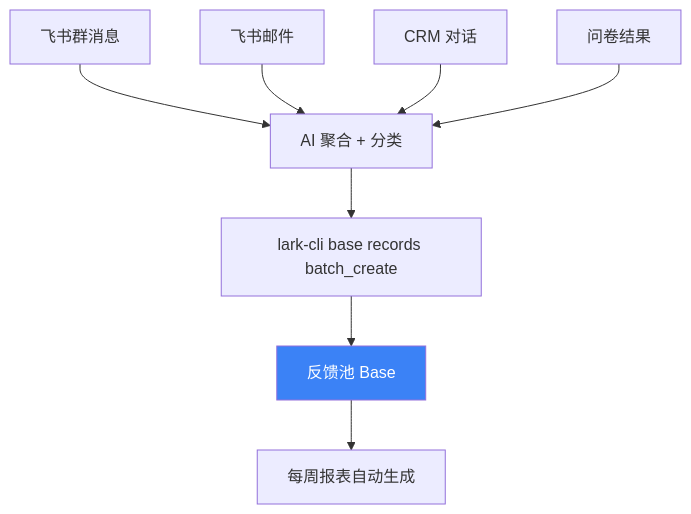
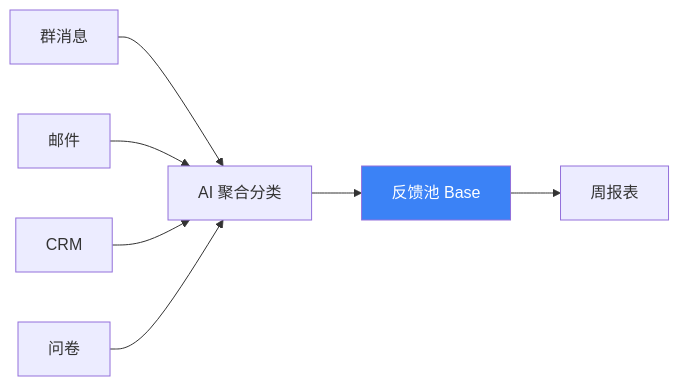
Before and after one commit to ymzlsy/wiki: diagram 13 of 16 in lark-cli/index.md, drawn with Mermaid. The commit also changed other lines of this file and 2 other files, not shown here.

First line of the commit message:
feat(lark-cli): rewrite Ch1 vs 智能伙伴/智能体 + shrink mermaid diagrams

````diff
--- a/lark-cli/index.md
+++ b/lark-cli/index.md
@@ -1041,12 +1070,9 @@
 ```mermaid
-flowchart TD
-    A1[飞书群消息] --> M[AI 聚合 + 分类]
-    A2[飞书邮件] --> M
-    A3[CRM 对话] --> M
-    A4[问卷结果] --> M
-    M --> B[lark-cli base records batch_create]
-    B --> C[反馈池 Base]
-    C --> D[每周报表自动生成]
-
+flowchart LR
+    A1[群消息] --> M[AI 聚合分类]
+    A2[邮件] --> M
+    A3[CRM] --> M
+    A4[问卷] --> M
+    M --> C[反馈池 Base] --> D[周报表]
     style C fill:#3b82f6,color:#fff
 ```
````
